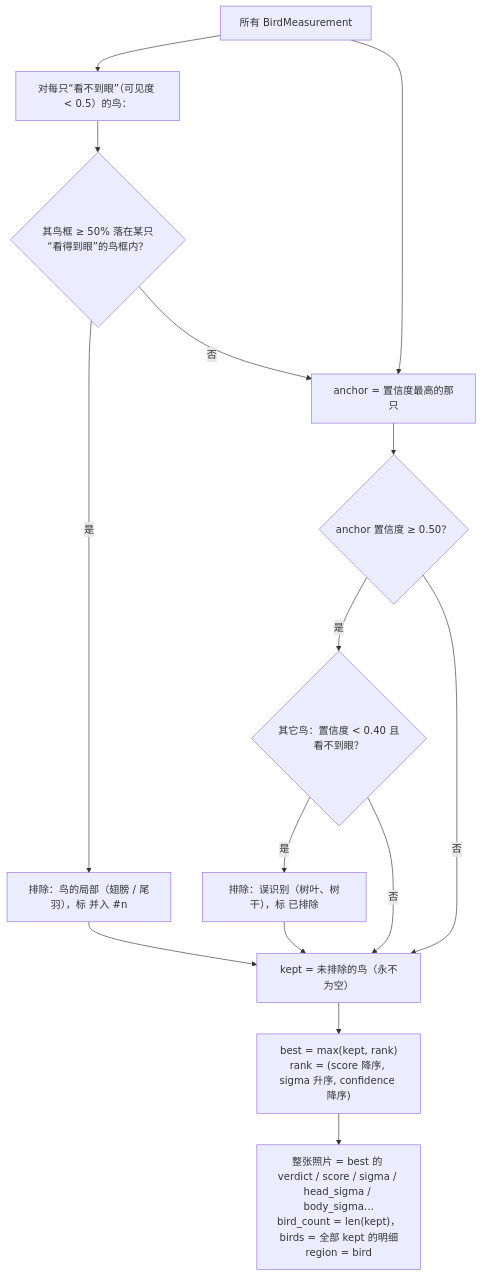
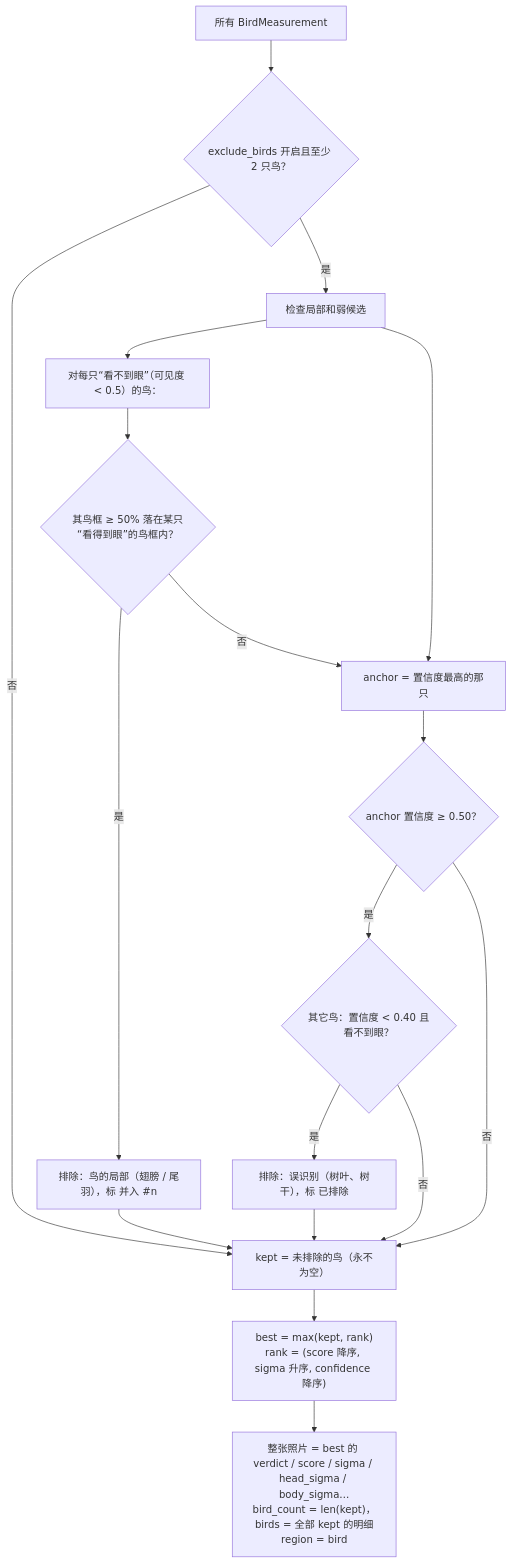
Diagram 12 of 18 in docs/bird_sharpness_flowchart.md (OscarKing888/SuperBirdTools), drawn with Mermaid before and after one commit. The commit also changed other lines of this file and 18 other files, not shown here.

````diff
--- a/docs/bird_sharpness_flowchart.md
+++ b/docs/bird_sharpness_flowchart.md
@@ -351,17 +361,20 @@
 ```mermaid
 flowchart TD
-    A["所有 BirdMeasurement"] --> B["对每只“看不到眼”（可见度 < 0.5）的鸟："]
+    A0["所有 BirdMeasurement"] --> P{"exclude_birds 开启且至少 2 只鸟？"}
+    P -->|否| I
+    P -->|是| A["检查局部和弱候选"]
+    A --> B["对每只“看不到眼”（可见度 < 0.5）的鸟："]
     B --> C{"其鸟框 ≥ 50% 落在某只“看得到眼”的鸟框内？"}
     C -->|是| D["排除：鸟的局部（翅膀 / 尾羽），标 并入 #n"]
     C -->|否| E
     A --> E["anchor = 置信度最高的那只"]
     E --> F{"anchor 置信度 ≥ 0.50？"}
     F -->|是| G{"其它鸟：置信度 < 0.40 且看不到眼？"}
     G -->|是| H["排除：误识别（树叶、树干），标 已排除"]
     G -->|否| I
     F -->|否| I
     D --> I["kept = 未排除的鸟（永不为空）"]
     H --> I
     I --> J["best = max(kept, rank)<br/>rank = (score 降序, sigma 升序, confidence 降序)"]
     J --> K["整张照片 = best 的 verdict / score / sigma / head_sigma / body_sigma…<br/>bird_count = len(kept)，birds = 全部 kept 的明细<br/>region = bird"]
 ```
````
